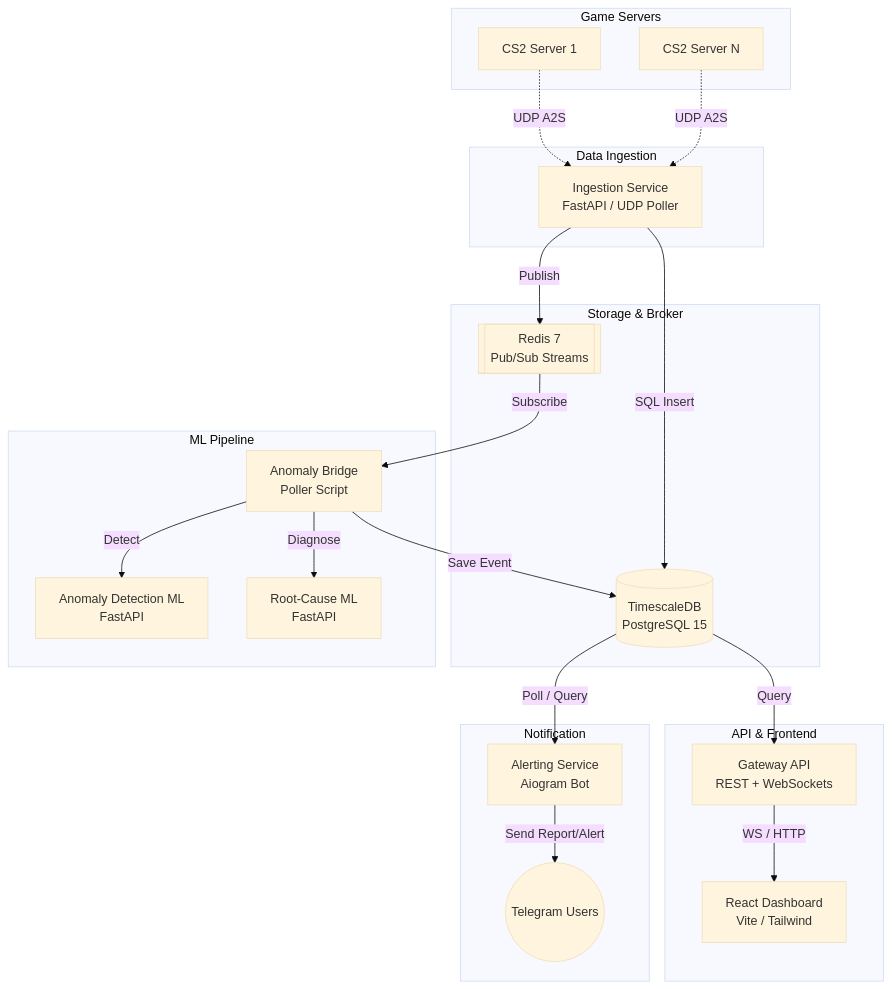
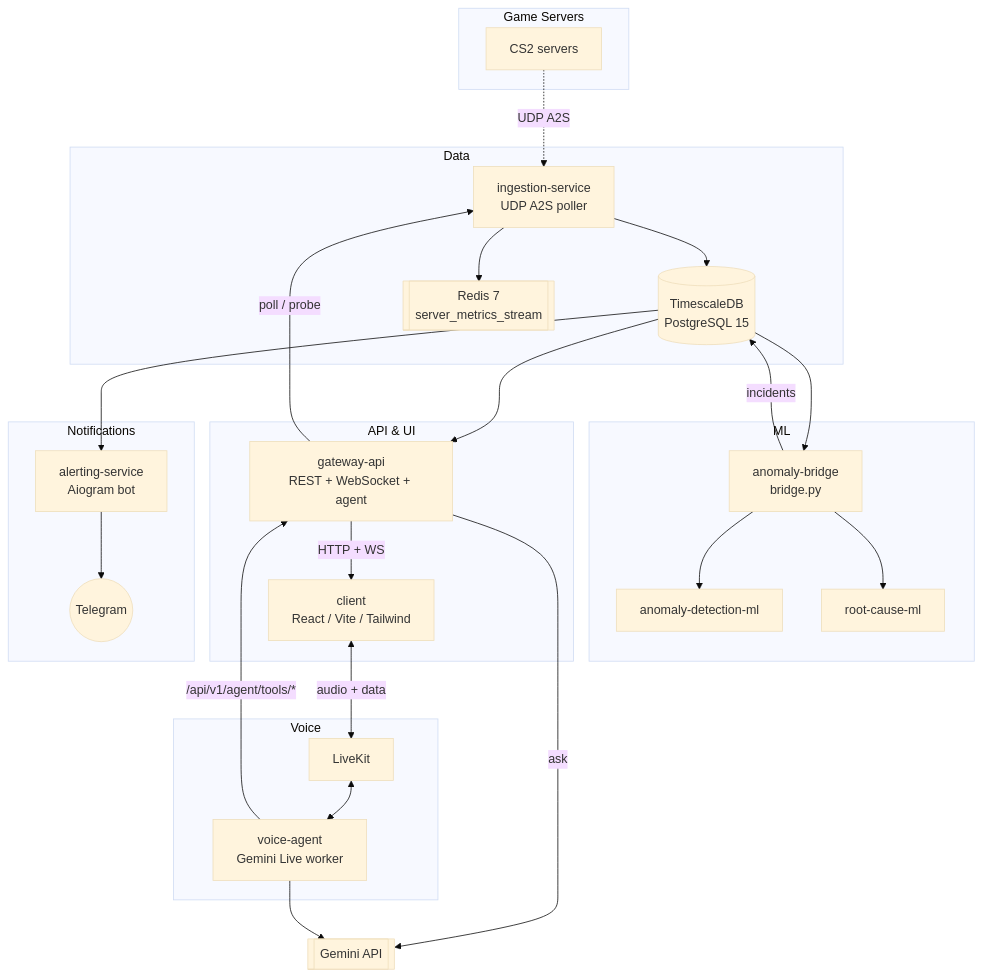
The diagram in README.md (BekmurodGofurov/GSH), drawn with Mermaid (base theme) before and after one commit. The commit also changed other lines of this file and 16 other files, not shown here.

````diff
--- a/README.md
+++ b/README.md
@@ -28,46 +48,53 @@
 ```mermaid
 graph TD
     subgraph Game Servers
-        S1[CS2 Server 1]
-        S2[CS2 Server N]
+        S[CS2 servers]
     end
 
-    subgraph Data Ingestion
-        IS[Ingestion Service <br/> FastAPI / UDP Poller]
+    subgraph Data
+        IS[ingestion-service<br/>UDP A2S poller]
+        DB[(TimescaleDB<br/>PostgreSQL 15)]
+        REDIS[[Redis 7<br/>server_metrics_stream]]
     end
 
-    subgraph Storage & Broker
-        DB[(TimescaleDB <br/> PostgreSQL 15)]
-        REDIS[[Redis 7 <br/> Pub/Sub Streams]]
+    subgraph ML
+        AB[anomaly-bridge<br/>bridge.py]
+        AD[anomaly-detection-ml]
+        RC[root-cause-ml]
     end
 
-    subgraph ML Pipeline
-        AB[Anomaly Bridge <br/> Poller Script]
-        AD[Anomaly Detection ML <br/> FastAPI]
-        RC[Root-Cause ML <br/> FastAPI]
+    subgraph API & UI
+        GW[gateway-api<br/>REST + WebSocket + agent]
+        UI[client<br/>React / Vite / Tailwind]
     end
 
-    subgraph API & Frontend
-        GW[Gateway API <br/> REST + WebSockets]
-        UI[React Dashboard <br/> Vite / Tailwind]
+    subgraph Voice
+        LK[LiveKit]
+        VA[voice-agent<br/>Gemini Live worker]
     end
 
-    subgraph Notification
-        ALERT[Alerting Service <br/> Aiogram Bot]
-        TG((Telegram Users))
+    subgraph Notifications
+        AL[alerting-service<br/>Aiogram bot]
+        TG((Telegram))
     end
 
-    S1 & S2 -. UDP A2S .-> IS
-    IS -- SQL Insert --> DB
-    IS -- Publish --> REDIS
-    REDIS -- Subscribe --> AB
-    AB -- Detect --> AD
-    AB -- Diagnose --> RC
-    AB -- Save Event --> DB
-    
-    DB -- Query --> GW
-    GW -- WS / HTTP --> UI
-    
-    DB -- Poll / Query --> ALERT
-    ALERT -- Send Report/Alert --> TG
+    GEM[[Gemini API]]
+
+    S -. UDP A2S .-> IS
+    IS --> DB
+    IS --> REDIS
+    DB --> AB
+    AB --> AD
+    AB --> RC
+    AB -->|incidents| DB
+    DB --> GW
+    GW -->|HTTP + WS| UI
+    GW -->|poll / probe| IS
+    GW -->|ask| GEM
+    UI <-->|audio + data| LK
+    LK <--> VA
+    VA -->|/api/v1/agent/tools/*| GW
+    VA --> GEM
+    DB --> AL
+    AL --> TG
 ```
````
